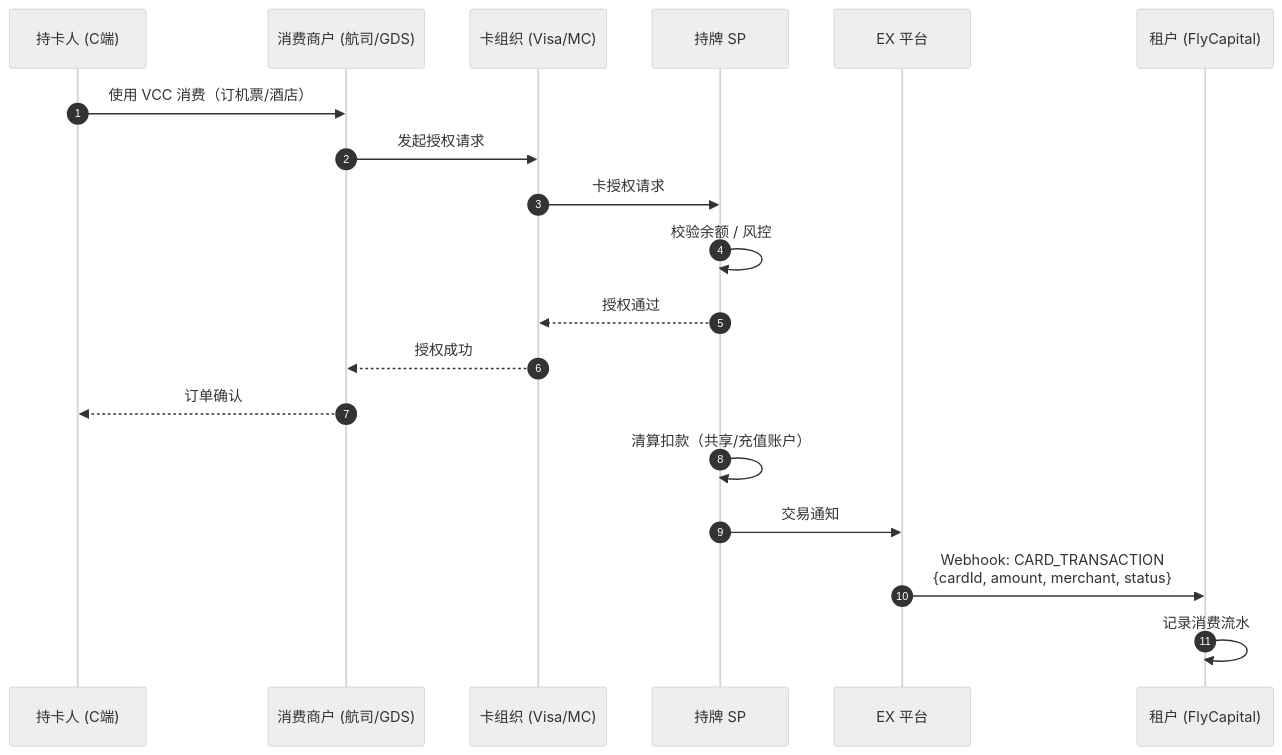
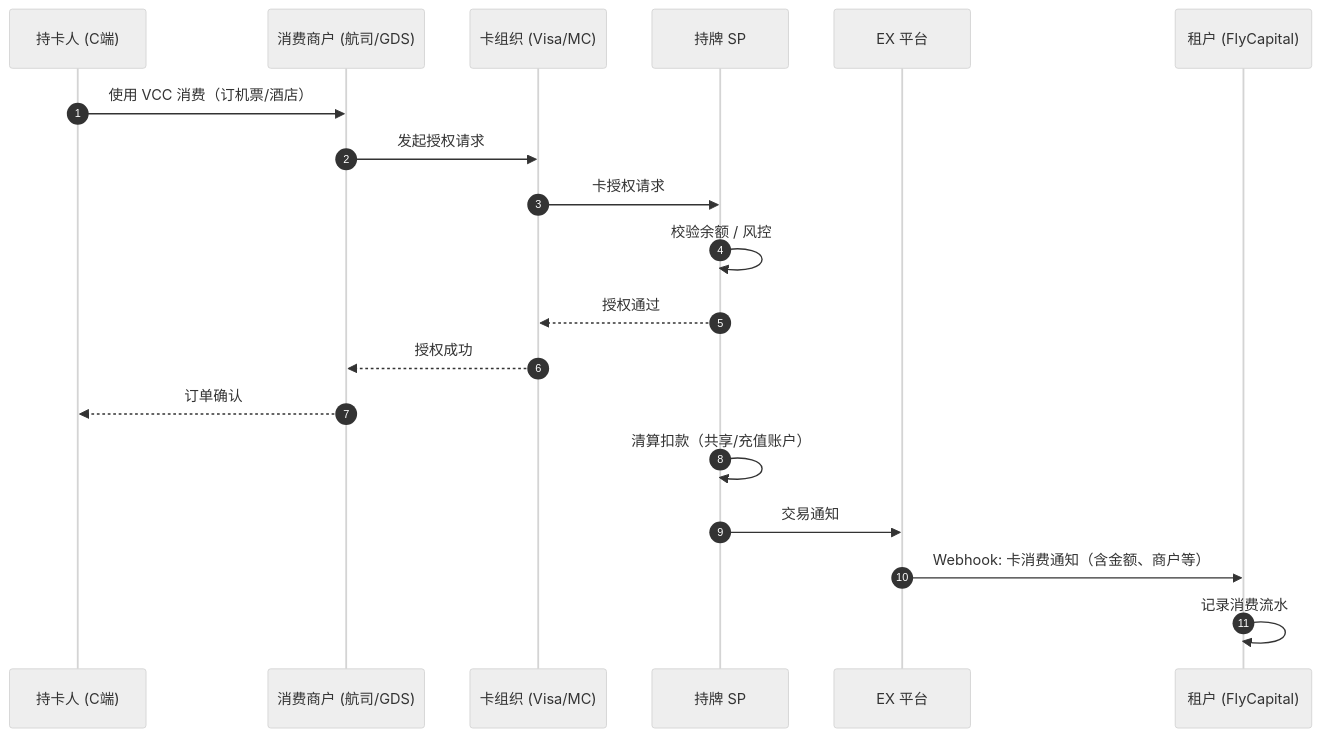
Before and after one commit to xiaoxiaoangie/EX-NEW: the eighth of 9 diagrams in Solutions/solutions/API-SOLUTION/ex-API-vcc-solution.md, drawn with Mermaid (neutral theme). The commit also changed other lines of this file and 18 other files, not shown here.

````diff
--- a/Solutions/solutions/API-SOLUTION/ex-API-vcc-solution.md
+++ b/Solutions/solutions/API-SOLUTION/ex-API-vcc-solution.md
@@ -315,23 +326,23 @@
 ```mermaid
 sequenceDiagram
     autonumber
     participant C as 持卡人 (C端)
     participant M as 消费商户 (航司/GDS)
     participant V as 卡组织 (Visa/MC)
     participant SP as 持牌 SP
     participant EX as EX 平台
     participant T as 租户 (FlyCapital)
 
     C->>M: 使用 VCC 消费（订机票/酒店）
     M->>V: 发起授权请求
     V->>SP: 卡授权请求
     SP->>SP: 校验余额 / 风控
     SP-->>V: 授权通过
     V-->>M: 授权成功
     M-->>C: 订单确认
 
     SP->>SP: 清算扣款（共享/充值账户）
     SP->>EX: 交易通知
-    EX->>T: Webhook: CARD_TRANSACTION<br/>{cardId, amount, merchant, status}
+    EX->>T: Webhook: 卡消费通知（含金额、商户等）
     T->>T: 记录消费流水
 ```
````
